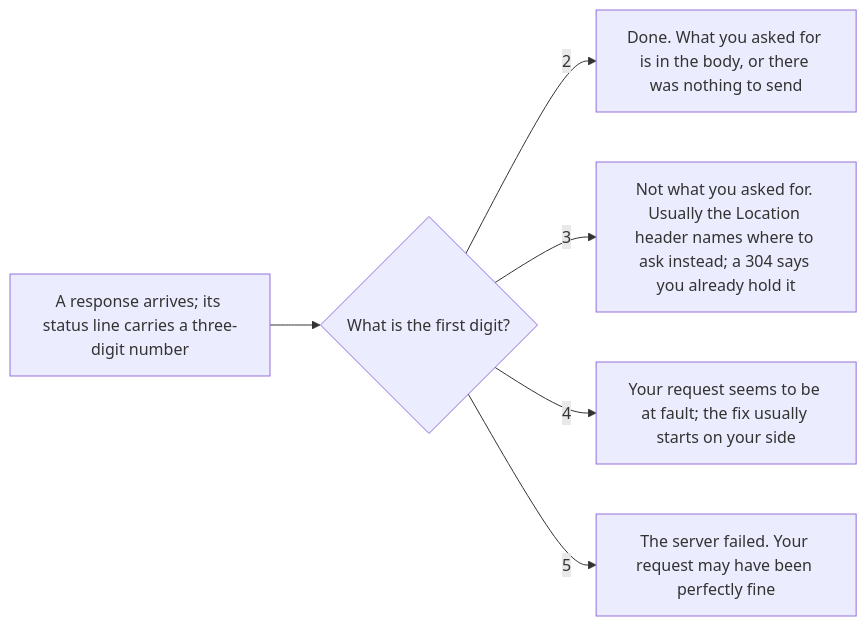
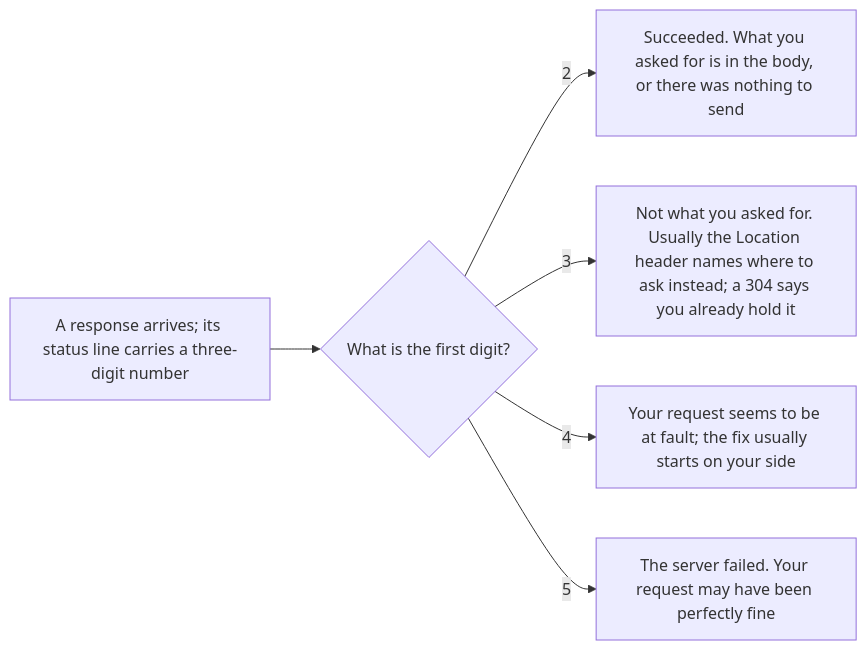
The diagram in content/tracks/foundation/http/foundation.l1.http-status-codes.en.md (duyan11110/lo-trinh-architect), drawn with Mermaid before and after one commit. The commit also changed other lines of this file and 3 other files, not shown here.

````diff
--- a/content/tracks/foundation/http/foundation.l1.http-status-codes.en.md
+++ b/content/tracks/foundation/http/foundation.l1.http-status-codes.en.md
@@ -40,8 +40,8 @@
 ```mermaid
 flowchart LR
   R["A response arrives; its status line carries a three-digit number"] --> D{"What is the first digit?"}
-  D -->|2| A["Done. What you asked for is in the body, or there was nothing to send"]
+  D -->|2| A["Succeeded. What you asked for is in the body, or there was nothing to send"]
   D -->|3| B["Not what you asked for. Usually the Location header names where to ask instead; a 304 says you already hold it"]
   D -->|4| C["Your request seems to be at fault; the fix usually starts on your side"]
   D -->|5| E["The server failed. Your request may have been perfectly fine"]
 ```
````
